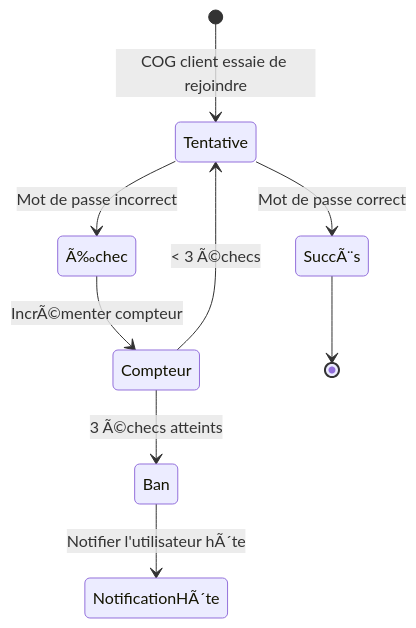
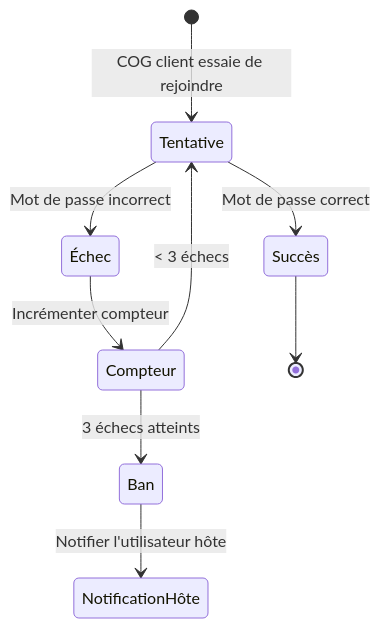
The second of 5 diagrams in docs/miyukini-webway-system/lobbys/MWS - Lobbys Favoris et Amis.md (StudioMiyukini/miyukini_cog), drawn with Mermaid before and after one commit. The commit also changed other lines of this file and 564 other files, not shown here.

````diff
--- a/docs/miyukini-webway-system/lobbys/MWS - Lobbys Favoris et Amis.md
+++ b/docs/miyukini-webway-system/lobbys/MWS - Lobbys Favoris et Amis.md
@@ -85,11 +85,11 @@
 ```mermaid
 stateDiagram-v2
     [*] --> Tentative: COG client essaie de rejoindre
-    Tentative --> Ã‰chec: Mot de passe incorrect
-    Ã‰chec --> Compteur: IncrÃ©menter compteur
-    Compteur --> Tentative: < 3 Ã©checs
-    Compteur --> Ban: 3 Ã©checs atteints
-    Ban --> NotificationHÃ´te: Notifier l'utilisateur hÃ´te
-    Tentative --> SuccÃ¨s: Mot de passe correct
-    SuccÃ¨s --> [*]
+    Tentative --> Échec: Mot de passe incorrect
+    Échec --> Compteur: Incrémenter compteur
+    Compteur --> Tentative: < 3 échecs
+    Compteur --> Ban: 3 échecs atteints
+    Ban --> NotificationHôte: Notifier l'utilisateur hôte
+    Tentative --> Succès: Mot de passe correct
+    Succès --> [*]
 ```
````
